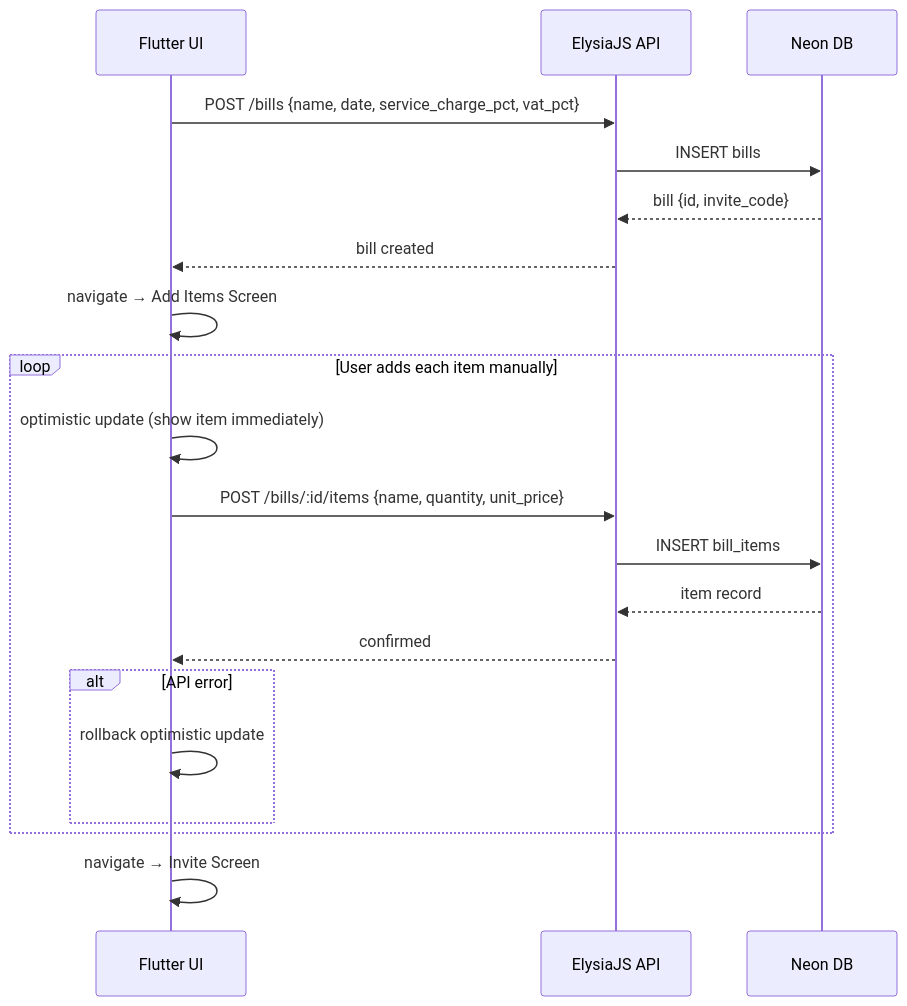
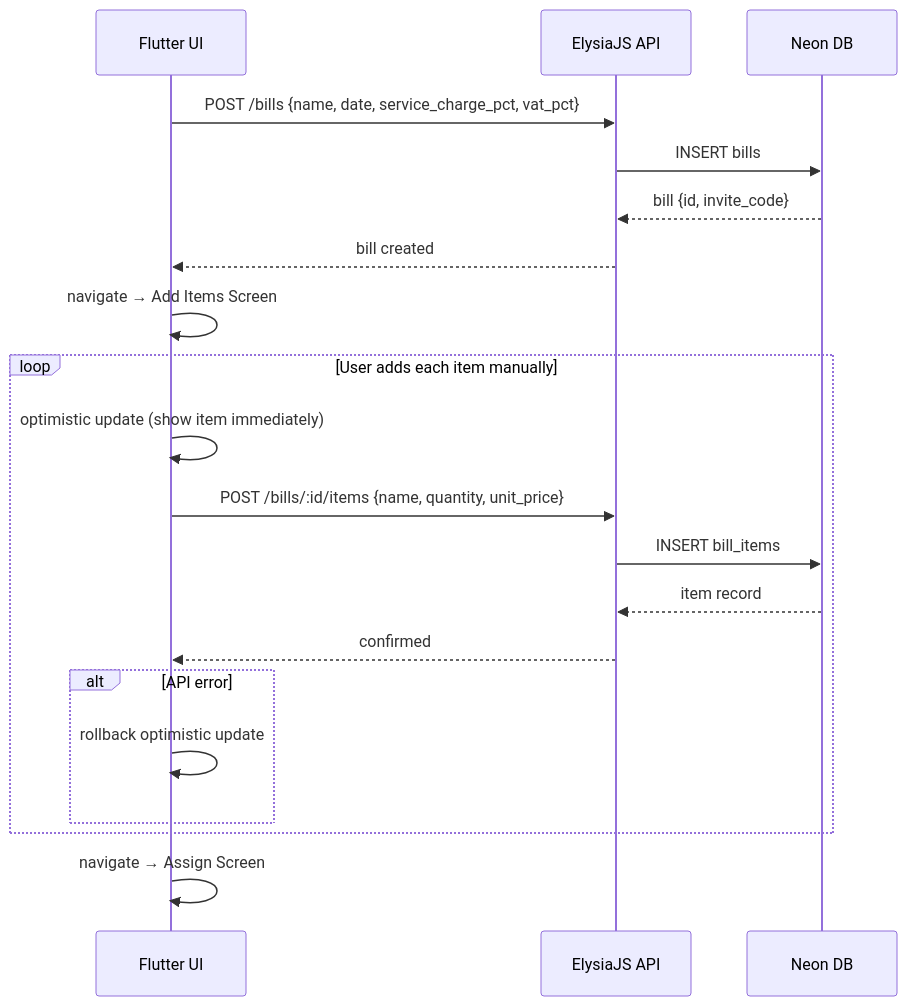
The diagram in docs/02_create_bill_flow.mermaid (TunyatapVich/cs356_billgang_project), drawn with Mermaid before and after one commit. The commit also changed 9 other files, not shown here.

Commit message:
refactor: transition to API-based item operations, update flow documentation, and add cache invalidation for bills on auth state changes

```diff
--- a/docs/02_create_bill_flow.mermaid
+++ b/docs/02_create_bill_flow.mermaid
@@ -1,23 +1,23 @@
 sequenceDiagram
     participant UI as Flutter UI
     participant API as ElysiaJS API
     participant DB as Neon DB
 
     UI->>API: POST /bills {name, date, service_charge_pct, vat_pct}
     API->>DB: INSERT bills
     DB-->>API: bill {id, invite_code}
     API-->>UI: bill created
     UI->>UI: navigate → Add Items Screen
 
     loop User adds each item manually
         UI->>UI: optimistic update (show item immediately)
         UI->>API: POST /bills/:id/items {name, quantity, unit_price}
         API->>DB: INSERT bill_items
         DB-->>API: item record
         API-->>UI: confirmed
         alt API error
             UI->>UI: rollback optimistic update
         end
     end
 
-    UI->>UI: navigate → Invite Screen
+    UI->>UI: navigate → Assign Screen
```
